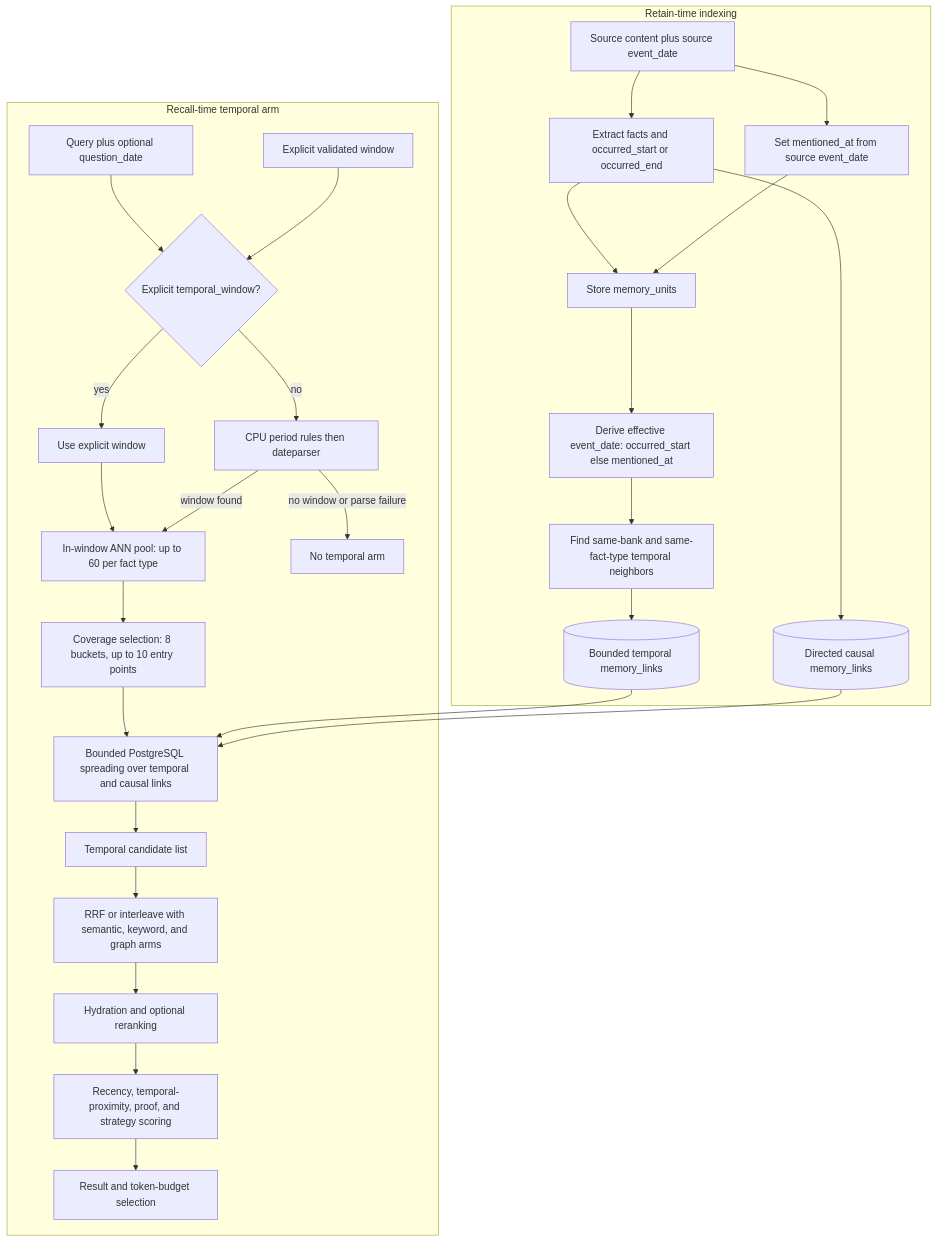
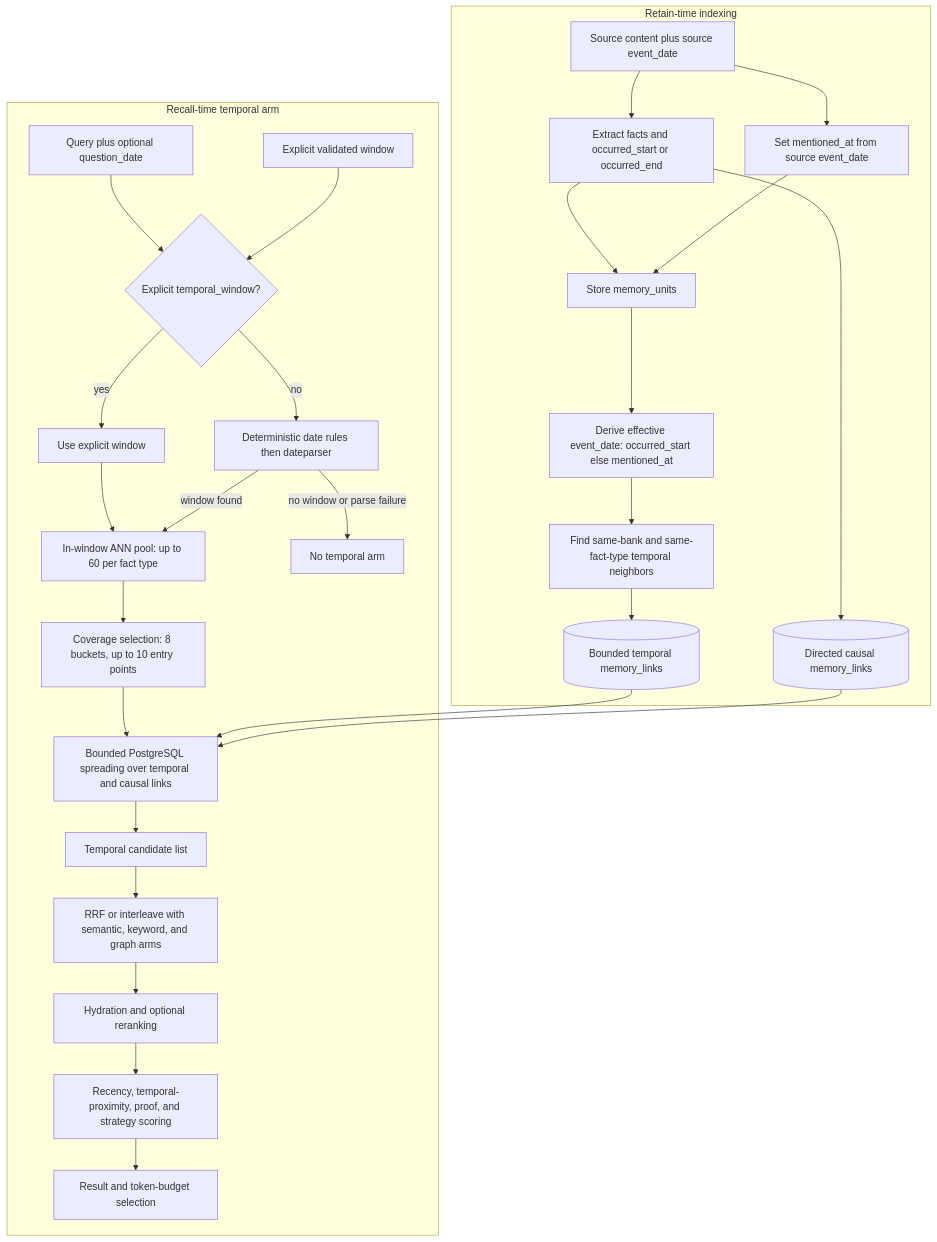
One commit to rocke2020/hindsight changed the diagram in learning/design_points/temproral-retrieval-flow.md. Above: the diagram before and after it, drawn with Mermaid. The commit also changed other lines of this file and 3 other files, not shown here.

````diff
--- a/learning/design_points/temproral-retrieval-flow.md
+++ b/learning/design_points/temproral-retrieval-flow.md
@@ -31,32 +31,32 @@
 ```mermaid
 flowchart TD
     subgraph Retain[Retain-time indexing]
         A[Source content plus source event_date] --> B[Extract facts and occurred_start or occurred_end]
         A --> C[Set mentioned_at from source event_date]
         B --> D[Store memory_units]
         C --> D
         D --> E[Derive effective event_date: occurred_start else mentioned_at]
         E --> F[Find same-bank and same-fact-type temporal neighbors]
         F --> G[(Bounded temporal memory_links)]
         B --> H[(Directed causal memory_links)]
     end
 
     subgraph Recall[Recall-time temporal arm]
         Q[Query plus optional question_date] --> W{Explicit temporal_window?}
         EW[Explicit validated window] --> W
         W -->|yes| R[Use explicit window]
-        W -->|no| P[CPU period rules then dateparser]
+        W -->|no| P[Deterministic date rules then dateparser]
         R --> I[In-window ANN pool: up to 60 per fact type]
         P -->|window found| I
         P -->|no window or parse failure| OFF[No temporal arm]
         I --> COV[Coverage selection: 8 buckets, up to 10 entry points]
         COV --> S[Bounded PostgreSQL spreading over temporal and causal links]
         G --> S
         H --> S
         S --> T[Temporal candidate list]
         T --> FUSE[RRF or interleave with semantic, keyword, and graph arms]
         FUSE --> RR[Hydration and optional reranking]
         RR --> SCORE[Recency, temporal-proximity, proof, and strategy scoring]
         SCORE --> OUT[Result and token-budget selection]
     end
 ```
````
